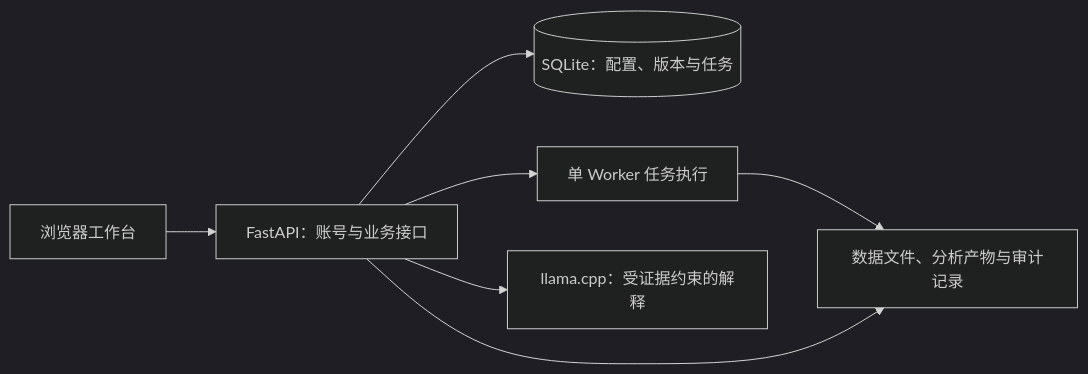
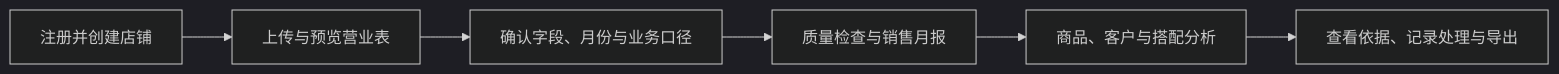
Before and after one commit to CZH0919/AIC-2026-RetailEvidence: the diagram in README.md, drawn with Mermaid (dark theme). The commit also changed other lines of this file and 19 other files, not shown here.

````diff
--- a/README.md
+++ b/README.md
@@ -75,9 +28,8 @@
 ```mermaid
 flowchart LR
-    U[浏览器工作台] --> API[FastAPI：账号与业务接口]
-    API --> DB[(SQLite：配置、版本与任务)]
-    API --> W[单 Worker 任务执行]
-    W --> F[数据文件、分析产物与审计记录]
-    API --> F
-    API --> AI[llama.cpp：受证据约束的解释]
+    A[注册并创建店铺] --> B[上传与预览营业表]
+    B --> C[确认字段、月份与业务口径]
+    C --> D[质量检查与销售月报]
+    D --> E[商品、客户与搭配分析]
+    E --> F[查看依据、记录处理与导出]
 ```
````
